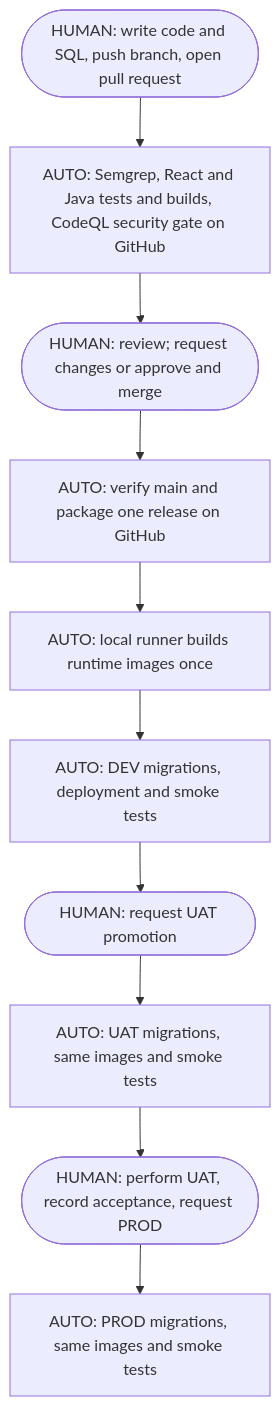
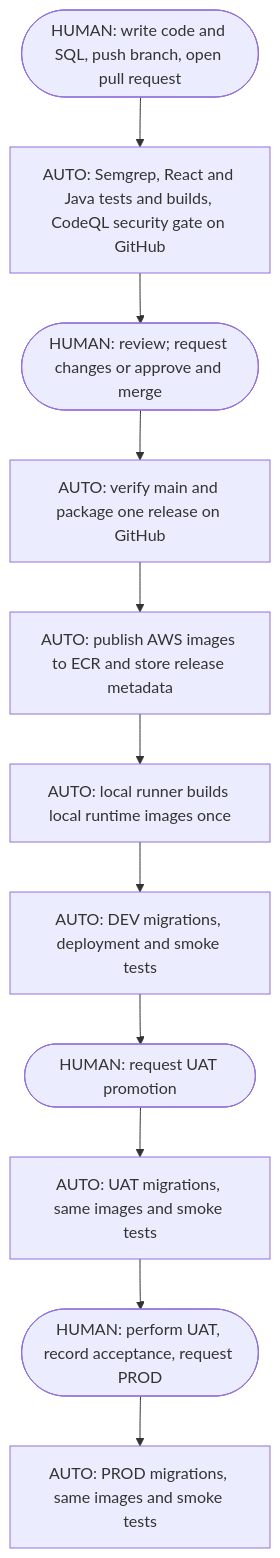
One commit to swbergmann/fintech-app changed the diagram in README.md. Above: the diagram before and after it, drawn with Mermaid. The commit also changed other lines of this file and 7 other files, not shown here.

````diff
--- a/README.md
+++ b/README.md
@@ -32,12 +34,13 @@
 ```mermaid
 flowchart TD
   A([HUMAN: write code and SQL, push branch, open pull request]) --> B[AUTO: Semgrep, React and Java tests and builds, CodeQL security gate on GitHub]
   B --> C([HUMAN: review; request changes or approve and merge])
   C --> D[AUTO: verify main and package one release on GitHub]
-  D --> E[AUTO: local runner builds runtime images once]
+  D --> P[AUTO: publish AWS images to ECR and store release metadata]
+  P --> E[AUTO: local runner builds local runtime images once]
   E --> F[AUTO: DEV migrations, deployment and smoke tests]
   F --> G([HUMAN: request UAT promotion])
   G --> H[AUTO: UAT migrations, same images and smoke tests]
   H --> I([HUMAN: perform UAT, record acceptance, request PROD])
   I --> J[AUTO: PROD migrations, same images and smoke tests]
 ```
````
